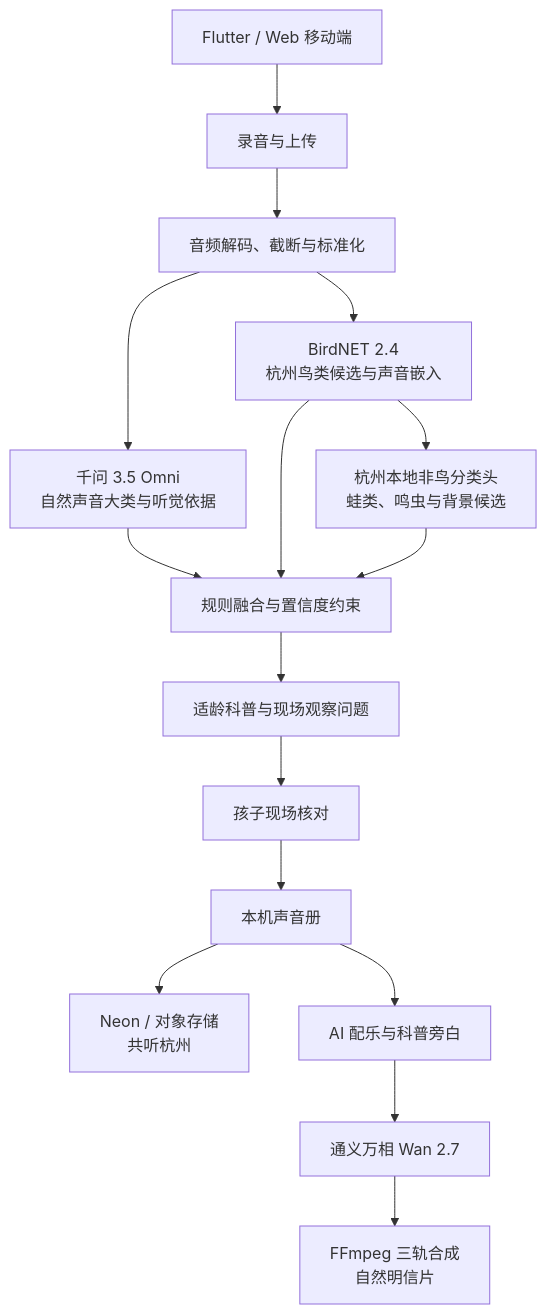
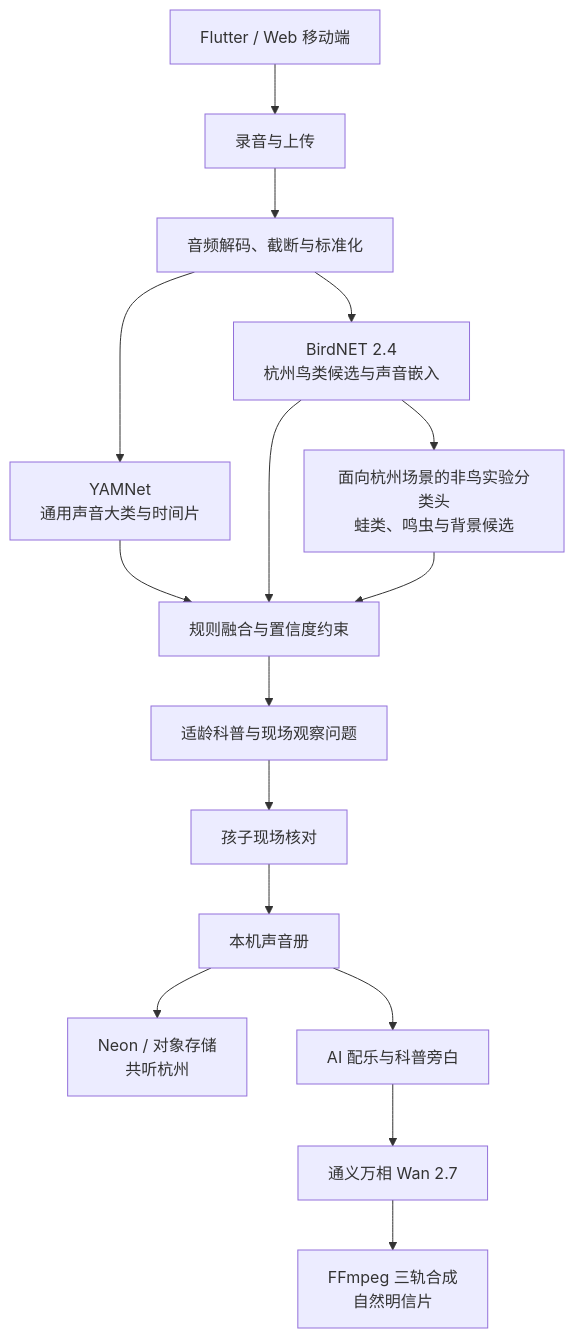
Before and after one commit to gqy20/nature-sound-detective: the second of 2 diagrams in docs/参赛项目说明书-自然声探员-v001.md, drawn with Mermaid. The commit also changed other lines of this file and 120 other files, not shown here.

````diff
--- a/docs/参赛项目说明书-自然声探员-v001.md
+++ b/docs/参赛项目说明书-自然声探员-v001.md
@@ -205,18 +227,18 @@
 ```mermaid
 flowchart TB
     A[Flutter / Web 移动端] --> B[录音与上传]
     B --> C[音频解码、截断与标准化]
-    C --> D1[千问 3.5 Omni<br/>自然声音大类与听觉依据]
+    C --> D1[YAMNet<br/>通用声音大类与时间片]
     C --> D2[BirdNET 2.4<br/>杭州鸟类候选与声音嵌入]
-    D2 --> D3[杭州本地非鸟分类头<br/>蛙类、鸣虫与背景候选]
+    D2 --> D3[面向杭州场景的非鸟实验分类头<br/>蛙类、鸣虫与背景候选]
     D1 --> E[规则融合与置信度约束]
     D2 --> E
     D3 --> E
     E --> F[适龄科普与现场观察问题]
     F --> G[孩子现场核对]
     G --> H[本机声音册]
     H --> I[Neon / 对象存储<br/>共听杭州]
     H --> J[AI 配乐与科普旁白]
     J --> K[通义万相 Wan 2.7]
     K --> L[FFmpeg 三轨合成<br/>自然明信片]
 ```
````
